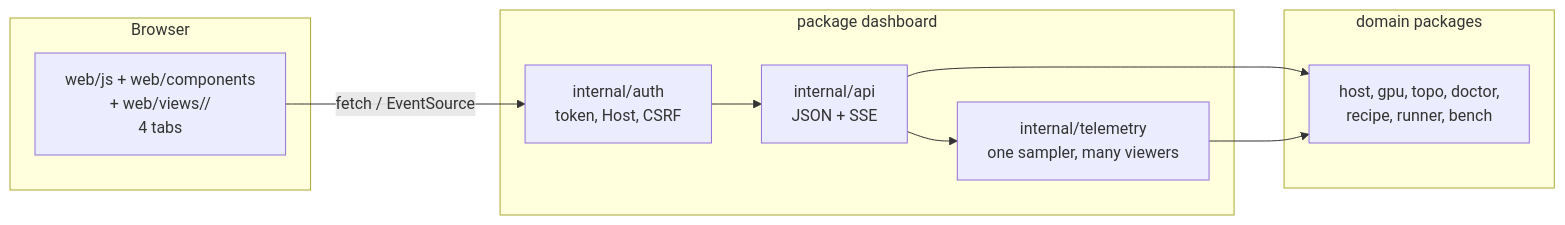
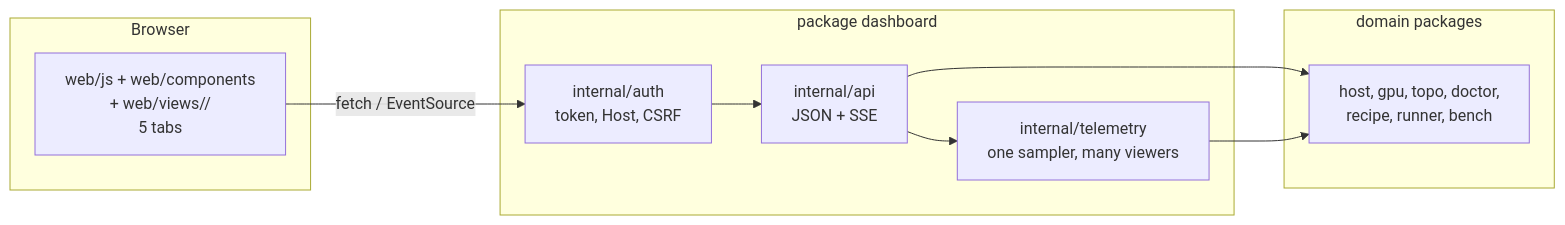
Before and after one commit to opengfx1030/bernie: the diagram in dashboard/README.md, drawn with Mermaid. The commit also changed other lines of this file and 3 other files, not shown here.

````diff
--- a/dashboard/README.md
+++ b/dashboard/README.md
@@ -26,18 +26,18 @@
 ```mermaid
 flowchart LR
   subgraph Browser
-    UI["web/js + web/components<br/>+ web/views/<tab>/<br/>4 tabs"]
+    UI["web/js + web/components<br/>+ web/views/<tab>/<br/>5 tabs"]
   end
   subgraph "package dashboard"
     API["internal/api<br/>JSON + SSE"]
     HUB["internal/telemetry<br/>one sampler, many viewers"]
     AUTH["internal/auth<br/>token, Host, CSRF"]
   end
   subgraph "domain packages"
     D["host, gpu, topo, doctor,<br/>recipe, runner, bench"]
   end
   UI -->|fetch / EventSource| AUTH --> API
   API --> D
   HUB --> D
   API --> HUB
 ```
````
